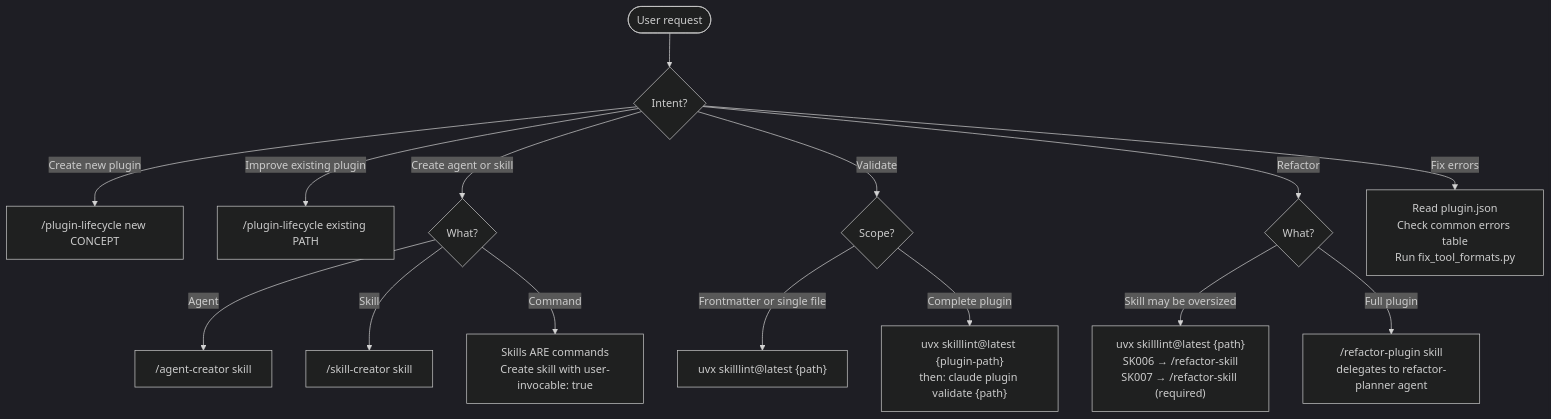
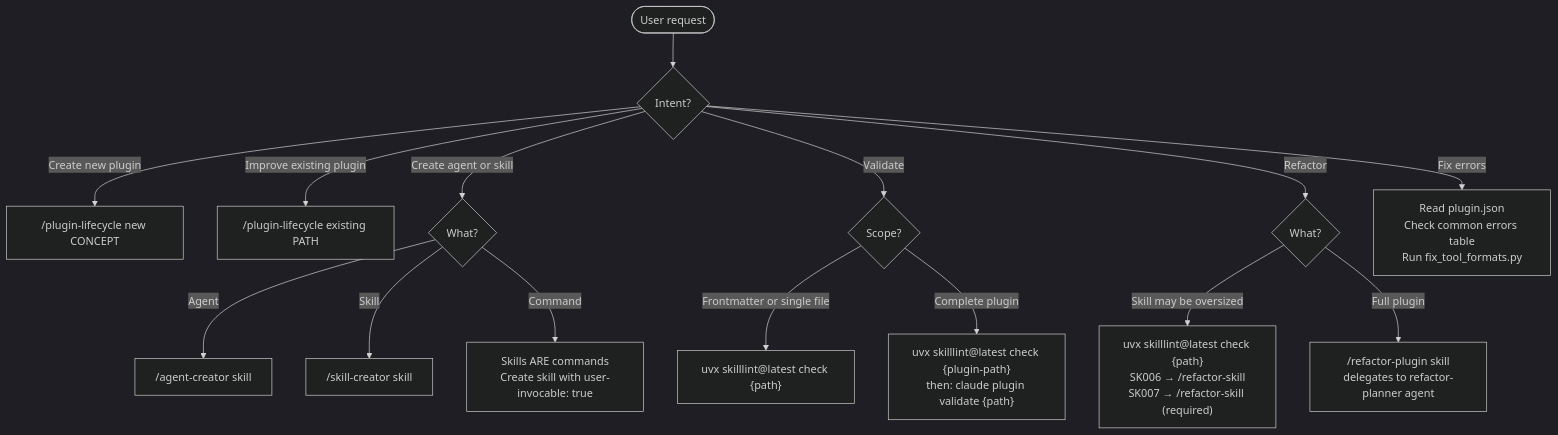
The diagram in plugins/plugin-creator/CLAUDE.md (chgreer1070/claude_skills), drawn with Mermaid (dark theme) before and after one commit. The commit also changed other lines of this file and 42 other files, not shown here.

First line of the commit message:
refactor(migration): migrate plugin_validator.py to uvx skilllint@latest check

````diff
--- a/plugins/plugin-creator/CLAUDE.md
+++ b/plugins/plugin-creator/CLAUDE.md
@@ -22,20 +22,20 @@
 ```mermaid
 flowchart TD
     Start([User request]) --> Q1{Intent?}
     Q1 -->|"Create new plugin"| Lifecycle["/plugin-lifecycle new CONCEPT"]
     Q1 -->|"Improve existing plugin"| LifecycleExist["/plugin-lifecycle existing PATH"]
     Q1 -->|Create agent or skill| Q2{What?}
     Q1 -->|Validate| Q3{Scope?}
     Q1 -->|Refactor| Q4{What?}
     Q1 -->|Fix errors| Fix[Read plugin.json<br>Check common errors table<br>Run fix_tool_formats.py]
 
     Q2 -->|Agent| CreateAgent["/agent-creator skill"]
     Q2 -->|Skill| CreateSkill["/skill-creator skill"]
     Q2 -->|Command| CreateCmd["Skills ARE commands<br>Create skill with user-invocable: true"]
 
-    Q3 -->|Frontmatter or single file| ValidFile["uvx skilllint@latest {path}"]
-    Q3 -->|Complete plugin| ValidPlugin["uvx skilllint@latest {plugin-path}<br>then: claude plugin validate {path}"]
+    Q3 -->|Frontmatter or single file| ValidFile["uvx skilllint@latest check {path}"]
+    Q3 -->|Complete plugin| ValidPlugin["uvx skilllint@latest check {plugin-path}<br>then: claude plugin validate {path}"]
 
-    Q4 -->|Skill may be oversized| CheckSize["uvx skilllint@latest {path}<br>SK006 → /refactor-skill<br>SK007 → /refactor-skill (required)"]
+    Q4 -->|Skill may be oversized| CheckSize["uvx skilllint@latest check {path}<br>SK006 → /refactor-skill<br>SK007 → /refactor-skill (required)"]
     Q4 -->|Full plugin| RefactorPlugin["/refactor-plugin skill<br>delegates to refactor-planner agent"]
 ```
````
